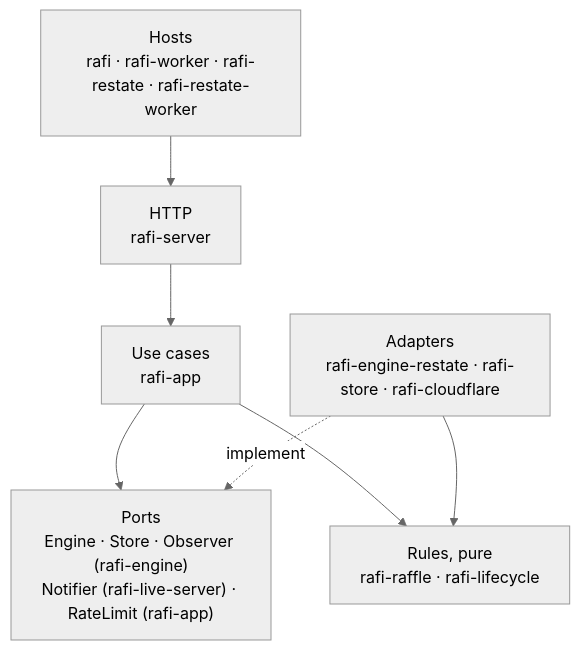
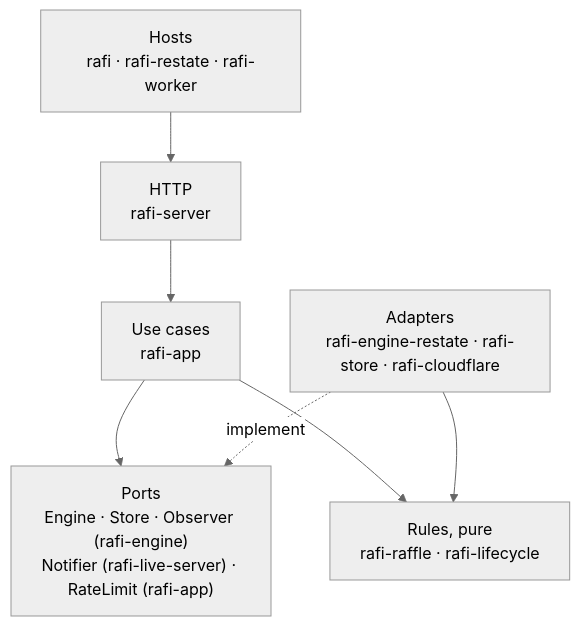
Before and after one commit to sagikazarmark/rafi.orig: the second of 4 diagrams in docs/explanation/architecture.md, drawn with Mermaid (neutral theme). The commit also changed other lines of this file and 32 other files, not shown here.

````diff
--- a/docs/explanation/architecture.md
+++ b/docs/explanation/architecture.md
@@ -55,14 +55,14 @@
 ```mermaid
 flowchart TD
-    hosts["Hosts<br/>rafi · rafi-worker · rafi-restate · rafi-restate-worker"]
+    hosts["Hosts<br/>rafi · rafi-restate · rafi-worker"]
     http["HTTP<br/>rafi-server"]
     uc["Use cases<br/>rafi-app"]
     ports["Ports<br/>Engine · Store · Observer (rafi-engine)<br/>Notifier (rafi-live-server) · RateLimit (rafi-app)"]
     adapters["Adapters<br/>rafi-engine-restate · rafi-store · rafi-cloudflare"]
     rules["Rules, pure<br/>rafi-raffle · rafi-lifecycle"]
 
     hosts --> http --> uc --> ports
     adapters -. implement .-> ports
     uc --> rules
     adapters --> rules
 ```
````
